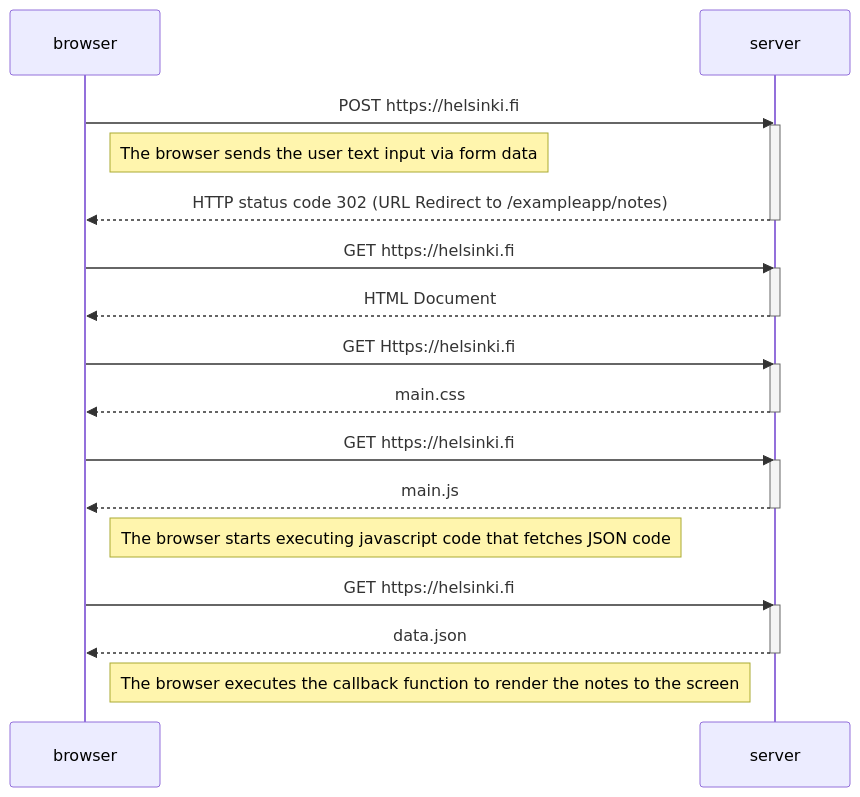
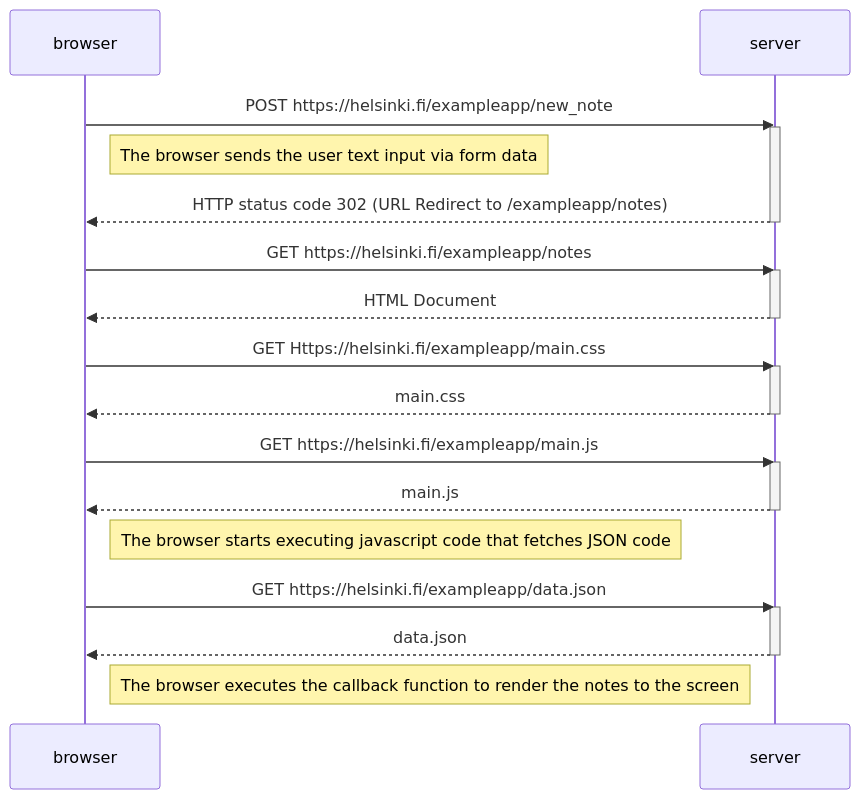
One commit to gokuman86/fullstackopen changed the diagram in part0/0.4.md. Above: the diagram before and after it, drawn with Mermaid.

````diff
--- a/part0/0.4.md
+++ b/part0/0.4.md
@@ -1,35 +1,35 @@
 ```mermaid
 sequenceDiagram
   participant browser
   participant server
 
-  browser->>server: POST https://helsinki.fi
+  browser->>server: POST https://helsinki.fi/exampleapp/new_note
   activate server
   Note right of browser: The browser sends the user text input via form data
   server-->>browser: HTTP status code 302 (URL Redirect to /exampleapp/notes)
   deactivate server
 
-  browser->>server: GET https://helsinki.fi
+  browser->>server: GET https://helsinki.fi/exampleapp/notes
   activate server
   server-->>browser: HTML Document
   deactivate server
 
-  browser->>server: GET Https://helsinki.fi
+  browser->>server: GET Https://helsinki.fi/exampleapp/main.css
   activate server
   server-->>browser: main.css
   deactivate server
 
-  browser->>server: GET https://helsinki.fi
+  browser->>server: GET https://helsinki.fi/exampleapp/main.js
   activate server
   server-->>browser: main.js
   deactivate server
 
   Note right of browser: The browser starts executing javascript code that fetches JSON code
 
-  browser->>server: GET https://helsinki.fi
+  browser->>server: GET https://helsinki.fi/exampleapp/data.json
   activate server
   server-->>browser: data.json
   deactivate server
 
   Note right of browser: The browser executes the callback function to render the notes to the screen
 ```
````
